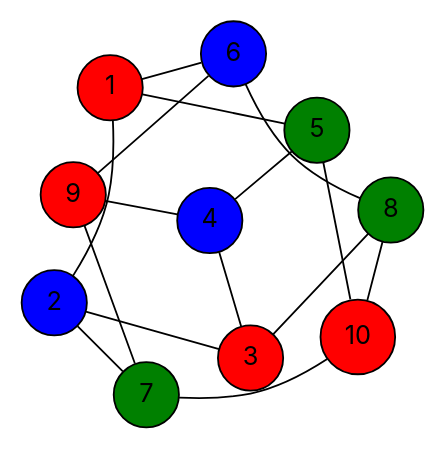
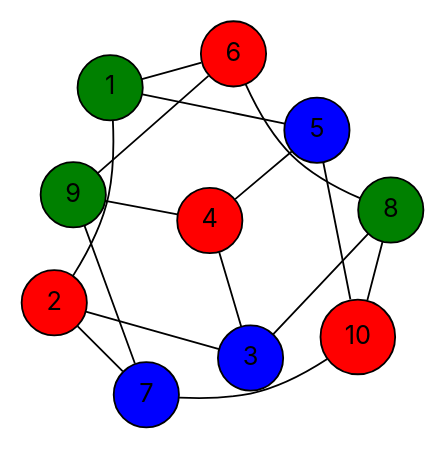
The diagram in data/final-dots/easy-05-parallel.dot (vercah/vertex-coloring), drawn with Graphviz before and after one commit. The commit also changed 15 other files, not shown here.

```diff
--- a/data/final-dots/easy-05-parallel.dot
+++ b/data/final-dots/easy-05-parallel.dot
@@ -1,31 +1,31 @@
 graph G {
   layout=neato;
   overlap=false;
   splines=true;
   node [shape=circle, style=filled, fontname=Inter];
-  1 [label="1", fillcolor="red", tooltip="v1 color 0"];
-  2 [label="2", fillcolor="blue", tooltip="v2 color 2"];
-  3 [label="3", fillcolor="red", tooltip="v3 color 0"];
-  4 [label="4", fillcolor="blue", tooltip="v4 color 2"];
-  5 [label="5", fillcolor="green", tooltip="v5 color 1"];
-  6 [label="6", fillcolor="blue", tooltip="v6 color 2"];
-  7 [label="7", fillcolor="green", tooltip="v7 color 1"];
+  1 [label="1", fillcolor="green", tooltip="v1 color 1"];
+  2 [label="2", fillcolor="red", tooltip="v2 color 0"];
+  3 [label="3", fillcolor="blue", tooltip="v3 color 2"];
+  4 [label="4", fillcolor="red", tooltip="v4 color 0"];
+  5 [label="5", fillcolor="blue", tooltip="v5 color 2"];
+  6 [label="6", fillcolor="red", tooltip="v6 color 0"];
+  7 [label="7", fillcolor="blue", tooltip="v7 color 2"];
   8 [label="8", fillcolor="green", tooltip="v8 color 1"];
-  9 [label="9", fillcolor="red", tooltip="v9 color 0"];
+  9 [label="9", fillcolor="green", tooltip="v9 color 1"];
   10 [label="10", fillcolor="red", tooltip="v10 color 0"];
   1 -- 2;
   1 -- 5;
   1 -- 6;
   2 -- 3;
   2 -- 7;
   3 -- 4;
   3 -- 8;
   4 -- 5;
   4 -- 9;
   5 -- 10;
   6 -- 8;
   6 -- 9;
   7 -- 9;
   7 -- 10;
   8 -- 10;
 }
```
